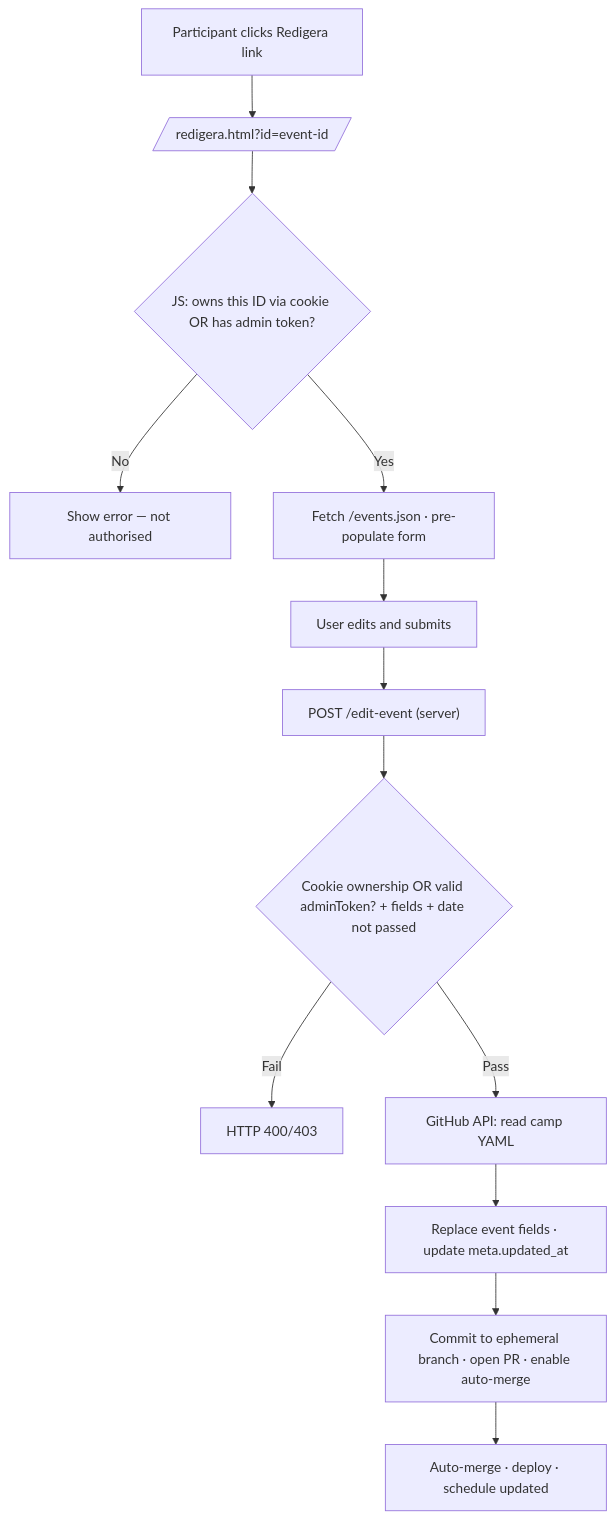
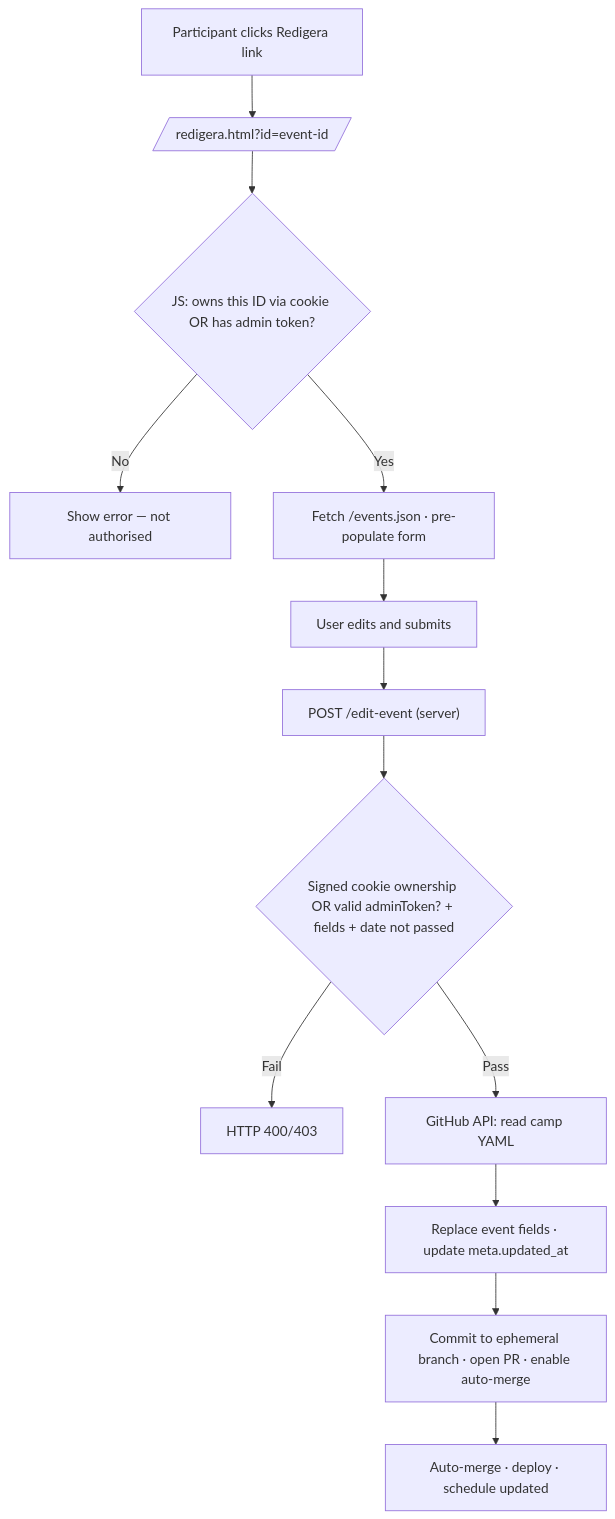
Before and after one commit to moggleif/sbsommar: the diagram in docs/03-architecture/forms-and-api.md, drawn with Mermaid. The commit also changed other lines of this file and 4 other files, not shown here.

Commit message:
docs: document signed session ownership

````diff
--- a/docs/03-architecture/forms-and-api.md
+++ b/docs/03-architecture/forms-and-api.md
@@ -82,15 +87,15 @@
 ```mermaid
 flowchart TD
     A[Participant clicks Redigera link] --> B[/redigera.html?id=event-id/]
     B --> C{JS: owns this ID via cookie OR has admin token?}
     C -->|No| D[Show error — not authorised]
     C -->|Yes| E[Fetch /events.json · pre-populate form]
     E --> F[User edits and submits]
     F --> G["POST /edit-event (server)"]
-    G --> H{Cookie ownership OR valid adminToken? + fields + date not passed}
+    G --> H{Signed cookie ownership OR valid adminToken? + fields + date not passed}
     H -->|Fail| I[HTTP 400/403]
     H -->|Pass| J[GitHub API: read camp YAML]
     J --> K[Replace event fields · update meta.updated_at]
     K --> L[Commit to ephemeral branch · open PR · enable auto-merge]
     L --> M[Auto-merge · deploy · schedule updated]
 ```
````
